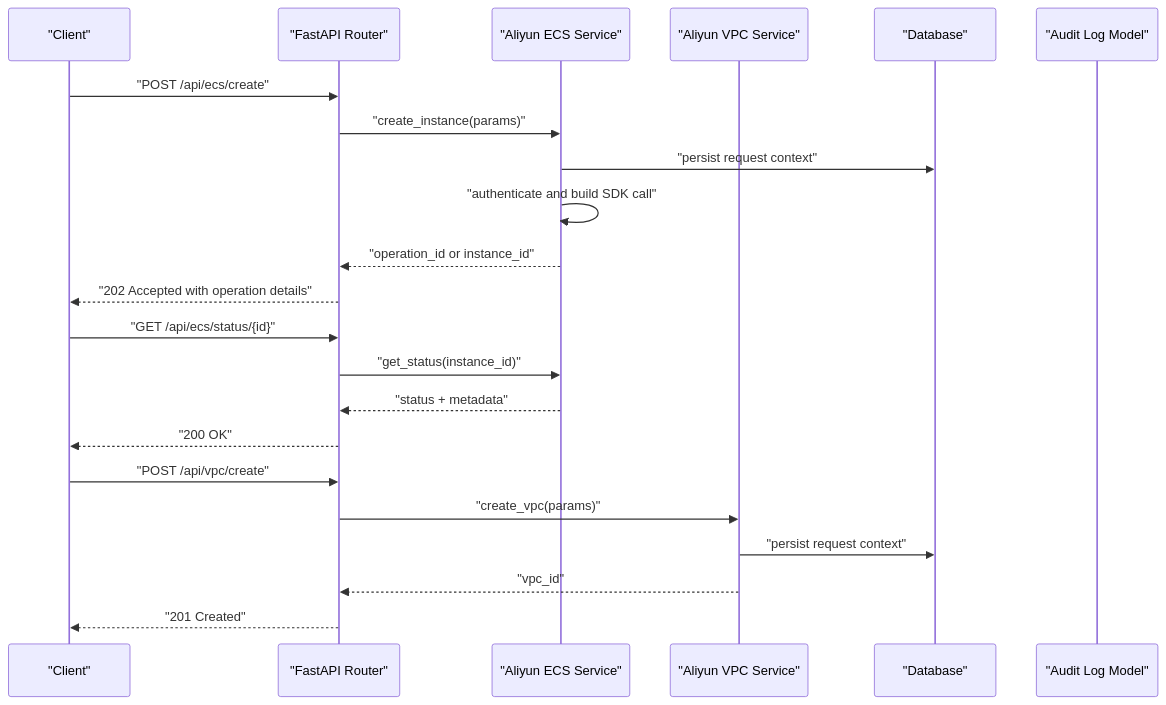
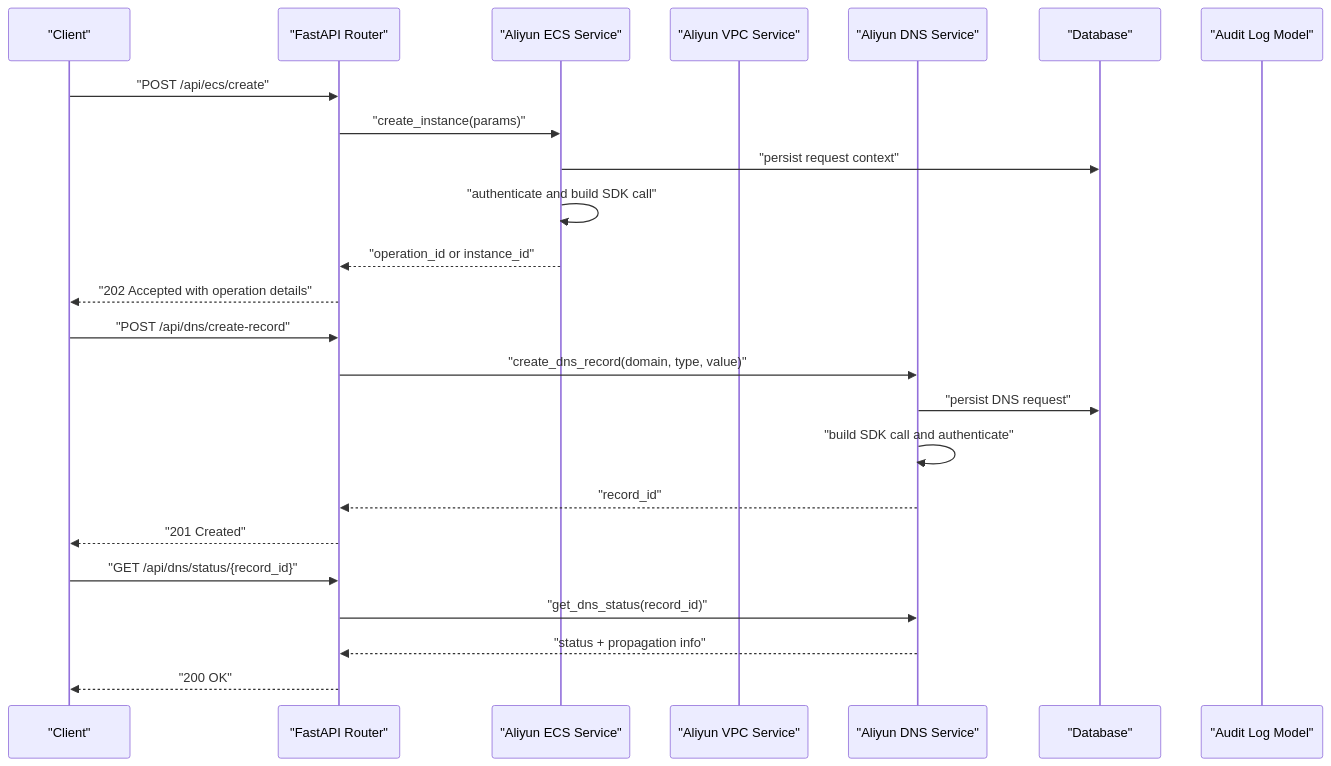
The second of 6 diagrams in .qoder/repowiki/en/content/System Architecture/Backend Architecture/Service Layer Architecture/Cloud Services (ECS & VPC).md (14Lucifer/hackathon_ecs_creator), drawn with Mermaid before and after one commit. The commit also changed other lines of this file and 92 other files, not shown here.

````diff
--- a/.qoder/repowiki/en/content/System Architecture/Backend Architecture/Service Layer Architecture/Cloud Services (ECS & VPC).md
+++ b/.qoder/repowiki/en/content/System Architecture/Backend Architecture/Service Layer Architecture/Cloud Services (ECS & VPC).md
@@ -119,24 +147,26 @@
 ```mermaid
 sequenceDiagram
 participant Client as "Client"
 participant Router as "FastAPI Router"
 participant ECS as "Aliyun ECS Service"
 participant VPC as "Aliyun VPC Service"
+participant DNS as "Aliyun DNS Service"
 participant DB as "Database"
 participant Audit as "Audit Log Model"
 Client->>Router : "POST /api/ecs/create"
 Router->>ECS : "create_instance(params)"
 ECS->>DB : "persist request context"
 ECS->>ECS : "authenticate and build SDK call"
 ECS-->>Router : "operation_id or instance_id"
 Router-->>Client : "202 Accepted with operation details"
-Client->>Router : "GET /api/ecs/status/{id}"
-Router->>ECS : "get_status(instance_id)"
-ECS-->>Router : "status + metadata"
+Client->>Router : "POST /api/dns/create-record"
+Router->>DNS : "create_dns_record(domain, type, value)"
+DNS->>DB : "persist DNS request"
+DNS->>DNS : "build SDK call and authenticate"
+DNS-->>Router : "record_id"
+Router-->>Client : "201 Created"
+Client->>Router : "GET /api/dns/status/{record_id}"
+Router->>DNS : "get_dns_status(record_id)"
+DNS-->>Router : "status + propagation info"
 Router-->>Client : "200 OK"
-Client->>Router : "POST /api/vpc/create"
-Router->>VPC : "create_vpc(params)"
-VPC->>DB : "persist request context"
-VPC-->>Router : "vpc_id"
-Router-->>Client : "201 Created"
 ```
````
